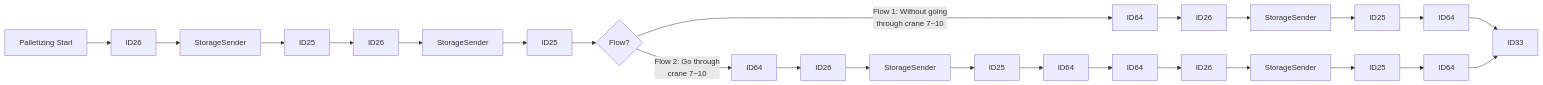
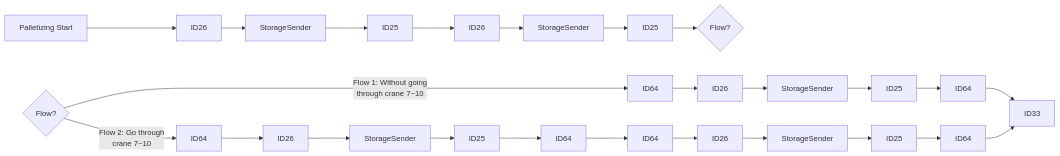
The first of 23 diagrams in Basic-Design/DFD-WMS/Storage/Palletizing-Settting/Palletize-Start.md (luthfiadityaa/SimeDarby-Wiki), drawn with Mermaid before and after one commit.

Commit message:
Updated Palletize Start

```diff
--- a/Basic-Design/DFD-WMS/Storage/Palletizing-Settting/Palletize-Start.md
+++ b/Basic-Design/DFD-WMS/Storage/Palletizing-Settting/Palletize-Start.md
@@ -5,16 +5,19 @@
 ::: mermaid
 flowchart LR
   
 P1[Palletizing Start]-->P2[ID26]-->P3[StorageSender]-->P4[ID25]
 P4[ID25]-->P5[ID26]-->P6[StorageSender]-->P7[ID25]
 P7[ID25]-->Cond1{Flow?} 
-Cond1 --> |Flow 1: Without going 
+
+Cond2{Flow?}
+
+Cond2 --> |Flow 1: Without going 
 through crane 7~10| P8[ID64]
-Cond1 --> |Flow 2: Go through 
+Cond2 --> |Flow 2: Go through 
 crane 7~10| P9[ID64]
 P8[ID64]-->P10[ID26]-->P11[StorageSender]-->P12[ID25]-->P13[ID64]
 P9[ID64]-->P15[ID26]-->P16[StorageSender]-->P17[ID25]-->P18[ID64]-->P19[ID64]-->P20[ID26]-->P21[StorageSender]-->P22[ID25]-->P23[ID64]
 
 P13[ID64]-->P14[ID33]
 P23[ID64]-->P14[ID33]
 :::
```
